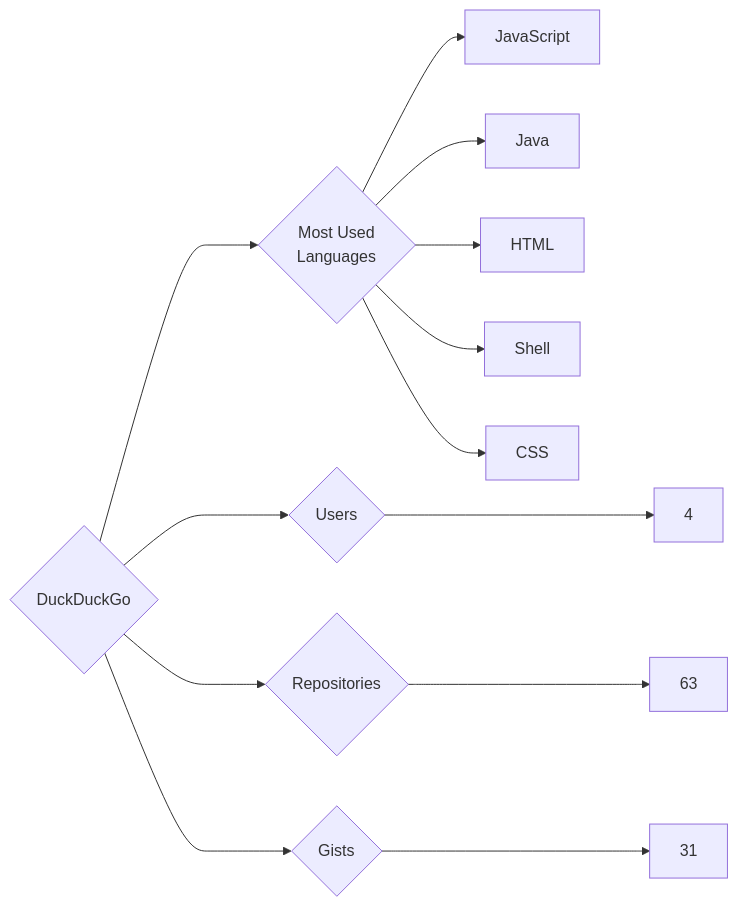
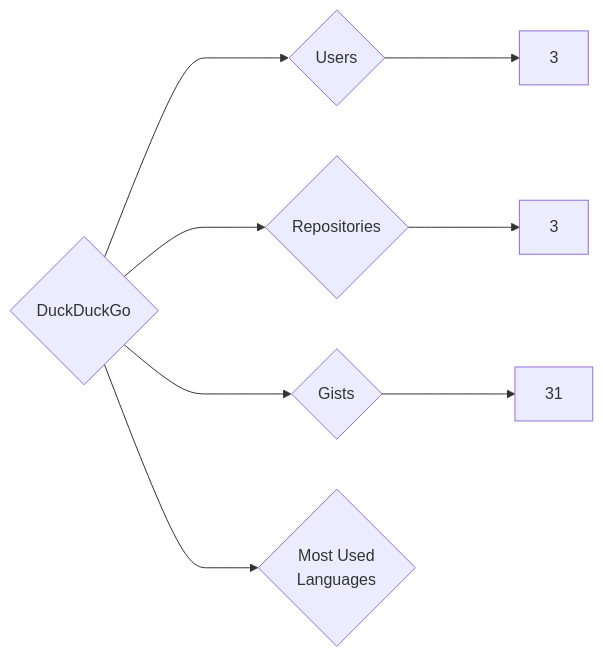
The diagram in targets/DuckDuckGo/README.md (trickest/insiders), drawn with Mermaid before and after one commit. The commit also changed 1036 other files, not shown here.

````diff
--- a/targets/DuckDuckGo/README.md
+++ b/targets/DuckDuckGo/README.md
@@ -3,13 +3,8 @@
 ```mermaid
 graph LR
 COMPANY_NAME{DuckDuckGo}
-COMPANY_NAME ---> U{Users} ---> UN[4]
-COMPANY_NAME ---> R{Repositories} ---> RN[63]
+COMPANY_NAME ---> U{Users} ---> UN[3]
+COMPANY_NAME ---> R{Repositories} ---> RN[3]
 COMPANY_NAME ---> G{Gists} ---> GN[31]
 COMPANY_NAME ---> ML{Most Used<br>Languages}
-ML --> JavaScript[JavaScript]
-ML --> Java[Java]
-ML --> HTML[HTML]
-ML --> Shell[Shell]
-ML --> CSS[CSS]
 ```
````
